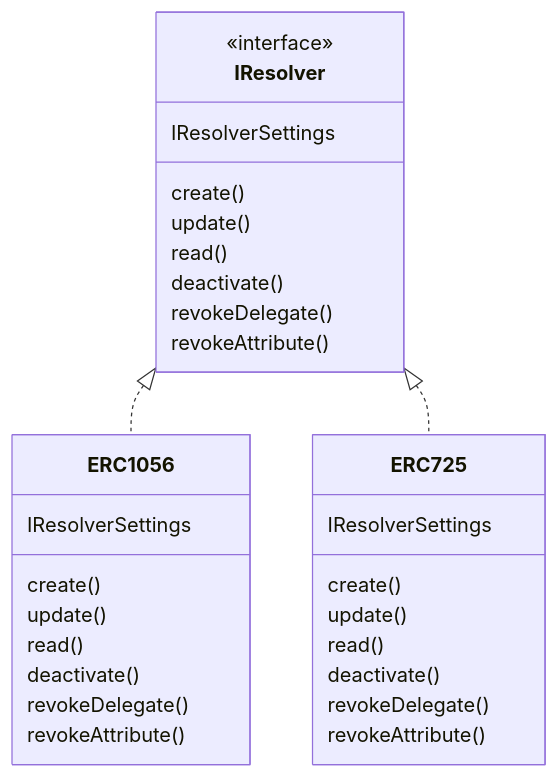
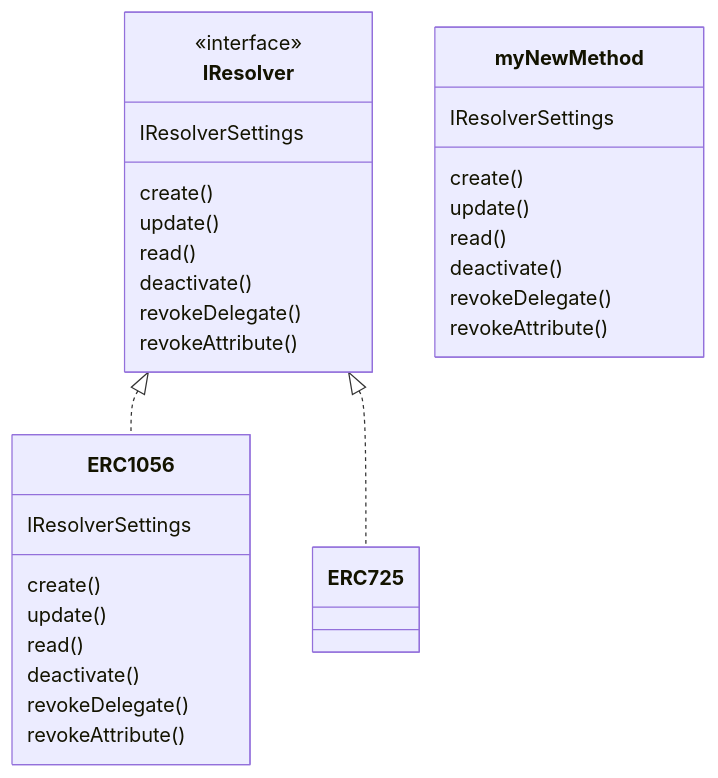
One commit to energywebfoundation/ew-did-registry changed the diagram in packages/did-resolver-interface/README.md. Above: the diagram before and after it, drawn with Mermaid. The commit also changed other lines of this file, not shown here.

````diff
--- a/packages/did-resolver-interface/README.md
+++ b/packages/did-resolver-interface/README.md
@@ -8,37 +8,37 @@
 ```mermaid
 classDiagram
 class IResolver{
     <<interface>>
     IResolverSettings
     create()
     update()
     read()
     deactivate()
     revokeDelegate()
     revokeAttribute()
 }
 
 class ERC1056{
     IResolverSettings
     create()
     update()
     read()
     deactivate()
     revokeDelegate()
     revokeAttribute()
 }
 
-class ERC725{
+class myNewMethod{
     IResolverSettings
     create()
     update()
     read()
     deactivate()
     revokeDelegate()
     revokeAttribute()
 }
 
 IResolver<|..ERC1056
 IResolver<|..ERC725
 
 ```
````
